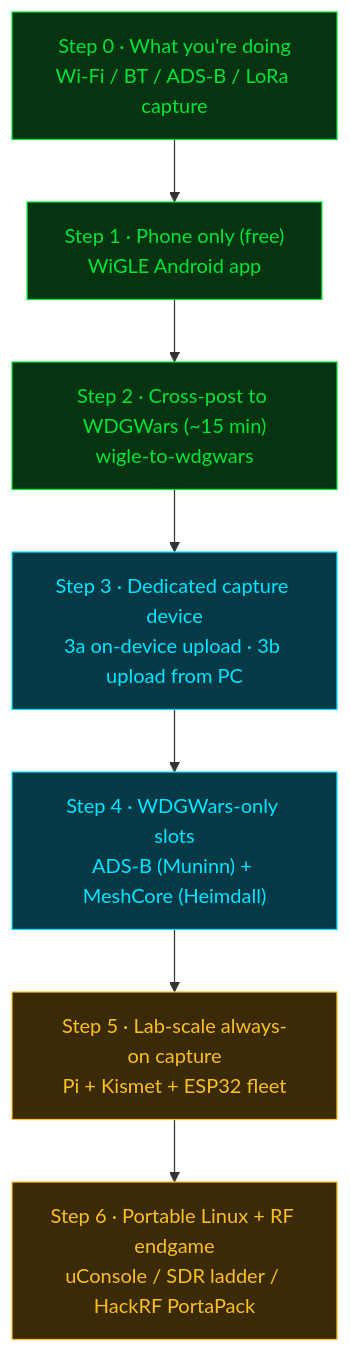
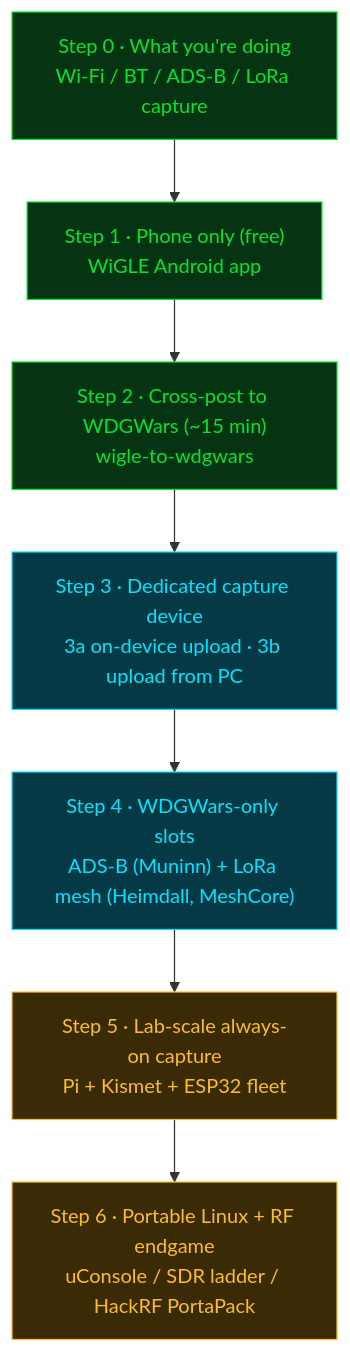
One commit to HiroAlleyCat/wdgo-onramp changed the diagram in docs/onramp.md. Above: the diagram before and after it, drawn with Mermaid. The commit also changed other lines of this file and 4 other files, not shown here.

````diff
--- a/docs/onramp.md
+++ b/docs/onramp.md
@@ -14,16 +14,16 @@
 ```mermaid
 flowchart TD
     s0["Step 0 · What you're doing<br/>Wi-Fi / BT / ADS-B / LoRa capture"] --> s1
     s1["Step 1 · Phone only (free)<br/>WiGLE Android app"] --> s2
     s2["Step 2 · Cross-post to WDGWars (~15 min)<br/>wigle-to-wdgwars"] --> s3
     s3["Step 3 · Dedicated capture device<br/>3a on-device upload · 3b upload from PC"] --> s4
-    s4["Step 4 · WDGWars-only slots<br/>ADS-B (Muninn) + MeshCore (Heimdall)"] --> s5
+    s4["Step 4 · WDGWars-only slots<br/>ADS-B (Muninn) + LoRa mesh (Heimdall, MeshCore)"] --> s5
     s5["Step 5 · Lab-scale always-on capture<br/>Pi + Kismet + ESP32 fleet"] --> s6
     s6["Step 6 · Portable Linux + RF endgame<br/>uConsole / SDR ladder / HackRF PortaPack"]
     classDef free fill:#063312,stroke:#00e436,color:#00e436
     classDef spend fill:#053946,stroke:#00e5ff,color:#00e5ff
     classDef adv fill:#3a2a05,stroke:#fbbf24,color:#fbbf24
     class s0,s1,s2 free
     class s3,s4 spend
     class s5,s6 adv
 ```
````
